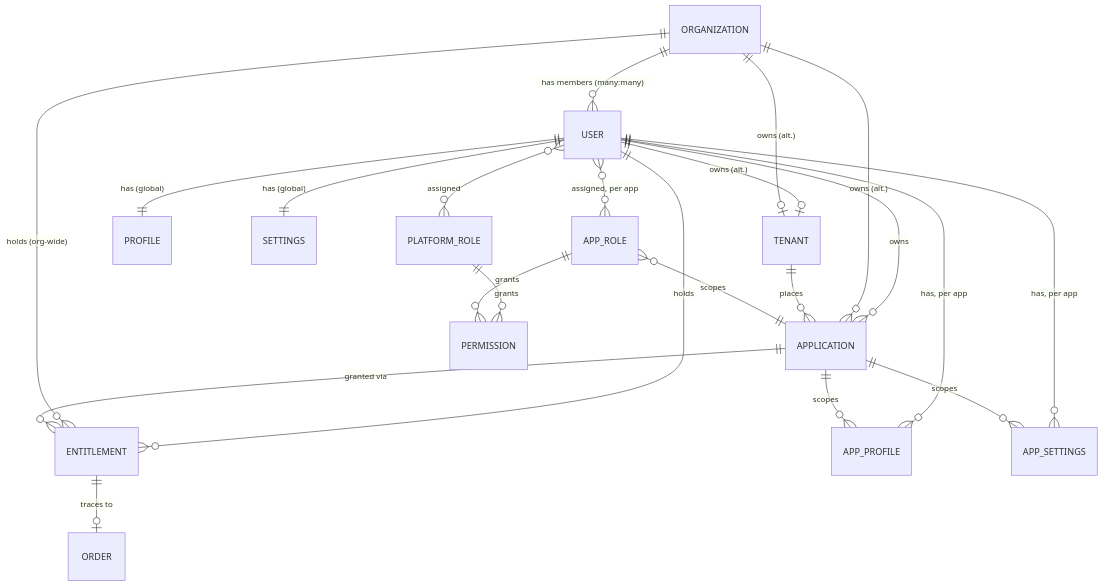
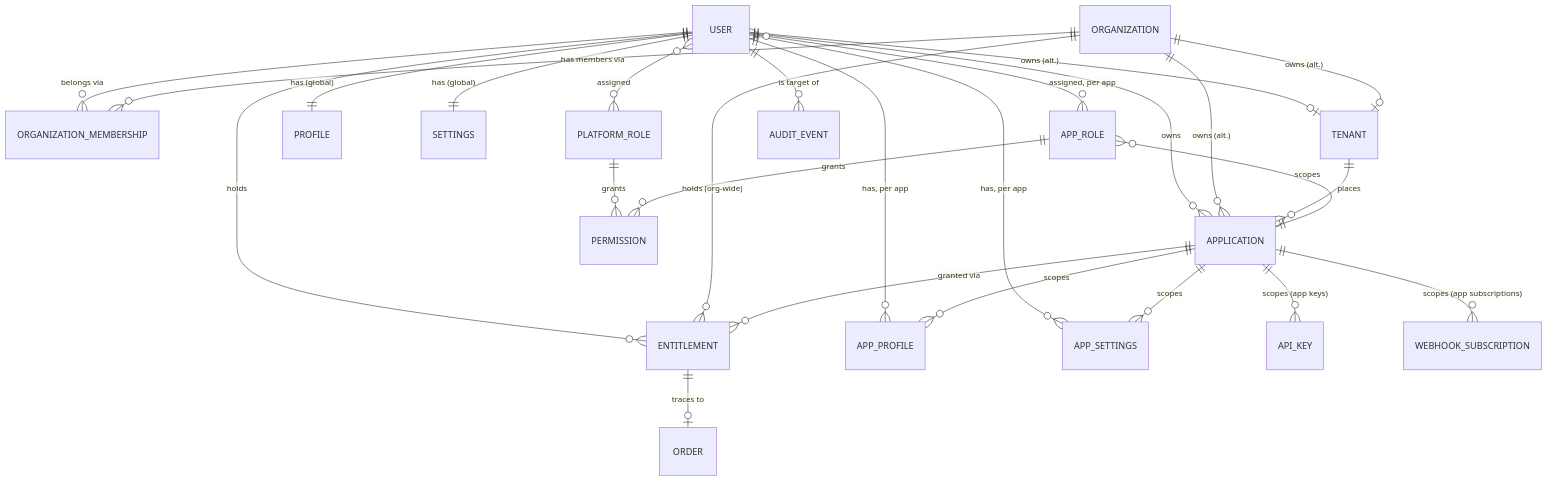
One commit to Adron/substratalapps.com changed the diagram in docs/domain-model/index.md. Above: the diagram before and after it, drawn with Mermaid. The commit also changed other lines of this file and 32 other files, not shown here.

````diff
--- a/docs/domain-model/index.md
+++ b/docs/domain-model/index.md
@@ -45,24 +47,28 @@
 ```mermaid
 erDiagram
     USER ||--o{ ENTITLEMENT : holds
-    ORGANIZATION ||--o{ USER : "has members (many:many)"
+    USER ||--o{ ORGANIZATION_MEMBERSHIP : "belongs via"
+    ORGANIZATION ||--o{ ORGANIZATION_MEMBERSHIP : "has members via"
     ORGANIZATION ||--o{ ENTITLEMENT : "holds (org-wide)"
     APPLICATION ||--o{ ENTITLEMENT : "granted via"
     USER ||--o{ APPLICATION : owns
     ORGANIZATION ||--o{ APPLICATION : "owns (alt.)"
     USER ||--o| TENANT : "owns (alt.)"
     ORGANIZATION ||--o| TENANT : "owns (alt.)"
     TENANT ||--o{ APPLICATION : places
     ENTITLEMENT ||--o| ORDER : "traces to"
     USER ||--|| PROFILE : "has (global)"
     USER ||--o{ APP_PROFILE : "has, per app"
     APPLICATION ||--o{ APP_PROFILE : scopes
     USER ||--|| SETTINGS : "has (global)"
     USER ||--o{ APP_SETTINGS : "has, per app"
     APPLICATION ||--o{ APP_SETTINGS : scopes
     USER }o--o{ PLATFORM_ROLE : assigned
     USER }o--o{ APP_ROLE : "assigned, per app"
     APP_ROLE }o--|| APPLICATION : scopes
     PLATFORM_ROLE ||--o{ PERMISSION : grants
     APP_ROLE ||--o{ PERMISSION : grants
+    USER ||--o{ AUDIT_EVENT : "is target of"
+    APPLICATION ||--o{ API_KEY : "scopes (app keys)"
+    APPLICATION ||--o{ WEBHOOK_SUBSCRIPTION : "scopes (app subscriptions)"
 ```
````
